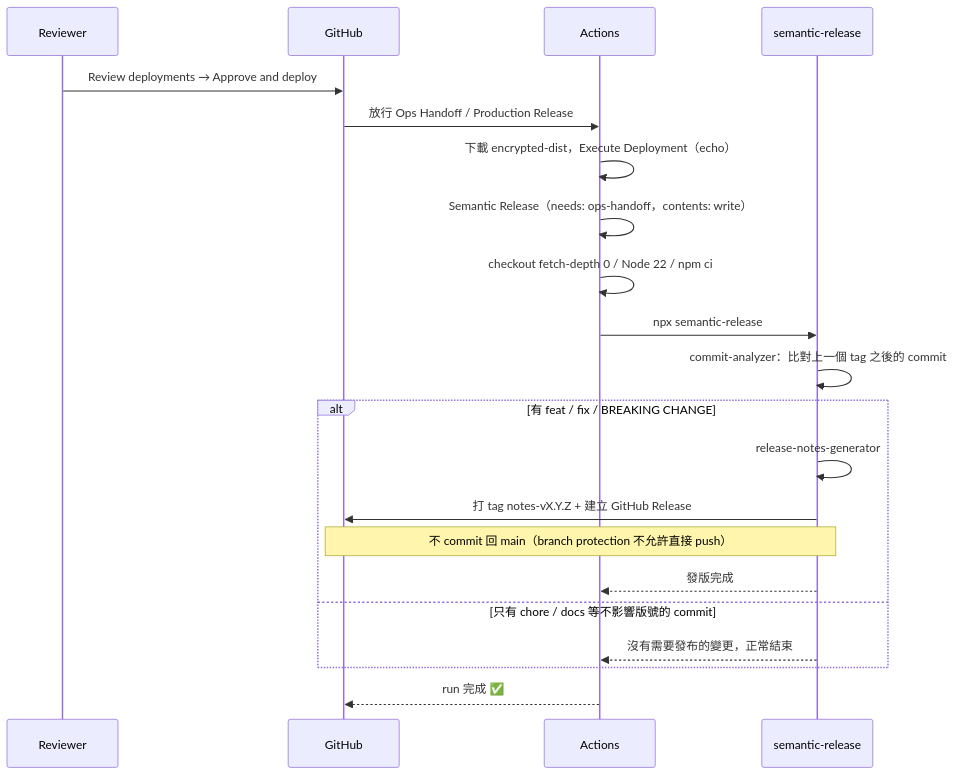
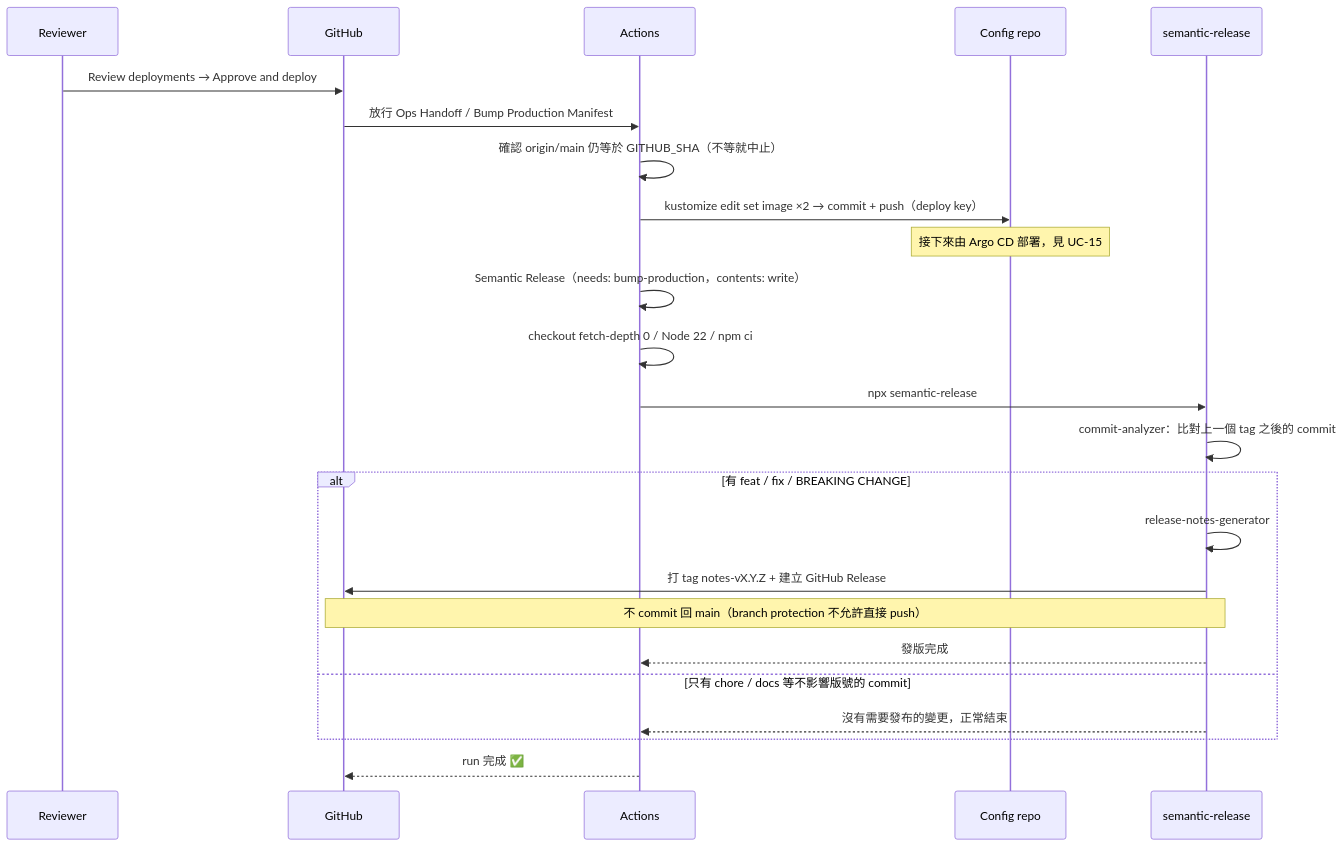
The tenth of 20 diagrams in docs/use-cases.md (liaooliver/notes), drawn with Mermaid before and after one commit. The commit also changed other lines of this file, not shown here.

First line of the commit message:
docs(use-cases): 補上 GitOps 那半邊，並修掉過期的 job 與檔案路徑

````diff
--- a/docs/use-cases.md
+++ b/docs/use-cases.md
@@ -456,23 +496,26 @@
 ```mermaid
 sequenceDiagram
     participant R as Reviewer
     participant G as GitHub
     participant A as Actions
+    participant C as Config repo
     participant S as semantic-release
     R->>G: Review deployments → Approve and deploy
-    G->>A: 放行 Ops Handoff / Production Release
-    A->>A: 下載 encrypted-dist，Execute Deployment（echo）
-    A->>A: Semantic Release（needs: ops-handoff，contents: write）
+    G->>A: 放行 Ops Handoff / Bump Production Manifest
+    A->>A: 確認 origin/main 仍等於 GITHUB_SHA（不等就中止）
+    A->>C: kustomize edit set image ×2 → commit + push（deploy key）
+    Note over C: 接下來由 Argo CD 部署，見 UC-15
+    A->>A: Semantic Release（needs: bump-production，contents: write）
     A->>A: checkout fetch-depth 0 / Node 22 / npm ci
     A->>S: npx semantic-release
     S->>S: commit-analyzer：比對上一個 tag 之後的 commit
     alt 有 feat / fix / BREAKING CHANGE
         S->>S: release-notes-generator
         S->>G: 打 tag notes-vX.Y.Z + 建立 GitHub Release
         Note over G,S: 不 commit 回 main（branch protection 不允許直接 push）
         S-->>A: 發版完成
     else 只有 chore / docs 等不影響版號的 commit
         S-->>A: 沒有需要發布的變更，正常結束
     end
     A-->>G: run 完成 ✅
 ```
````
